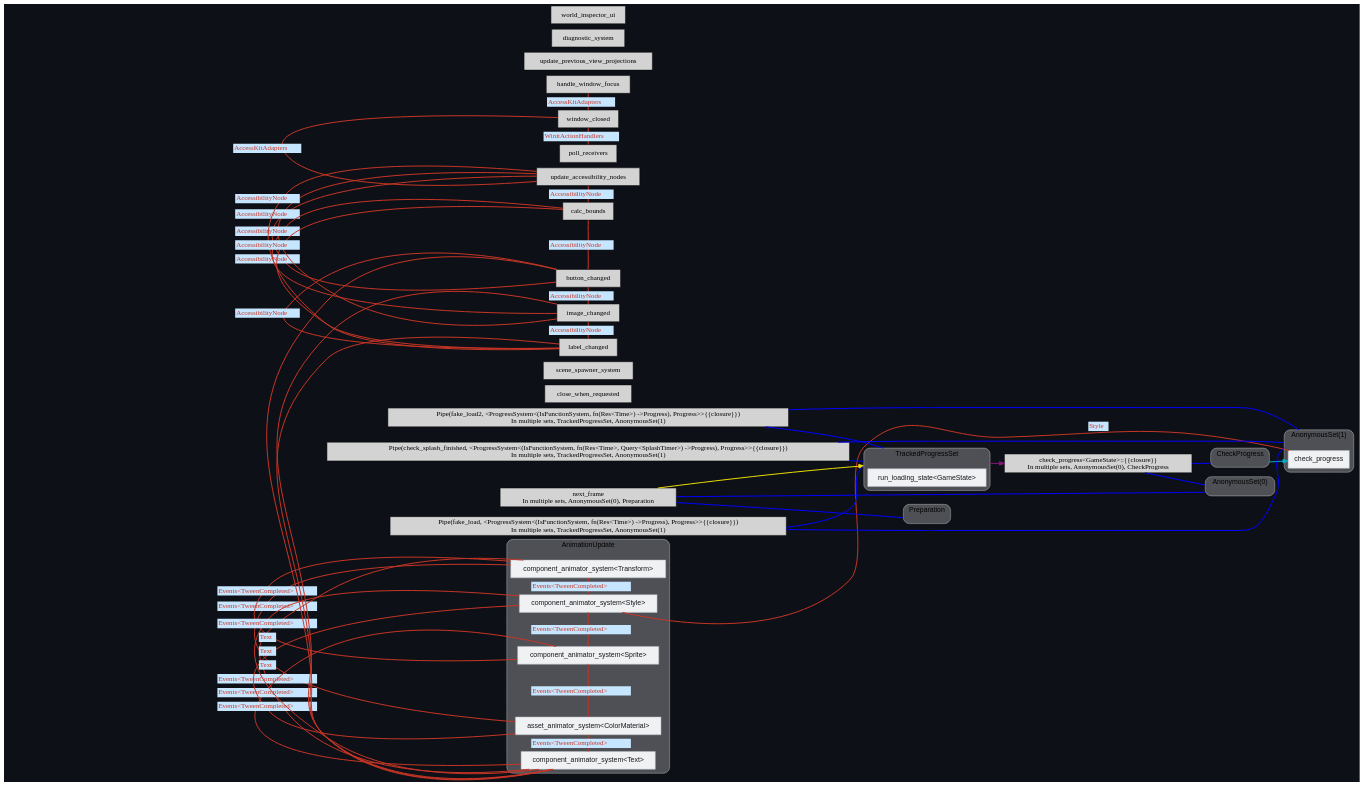
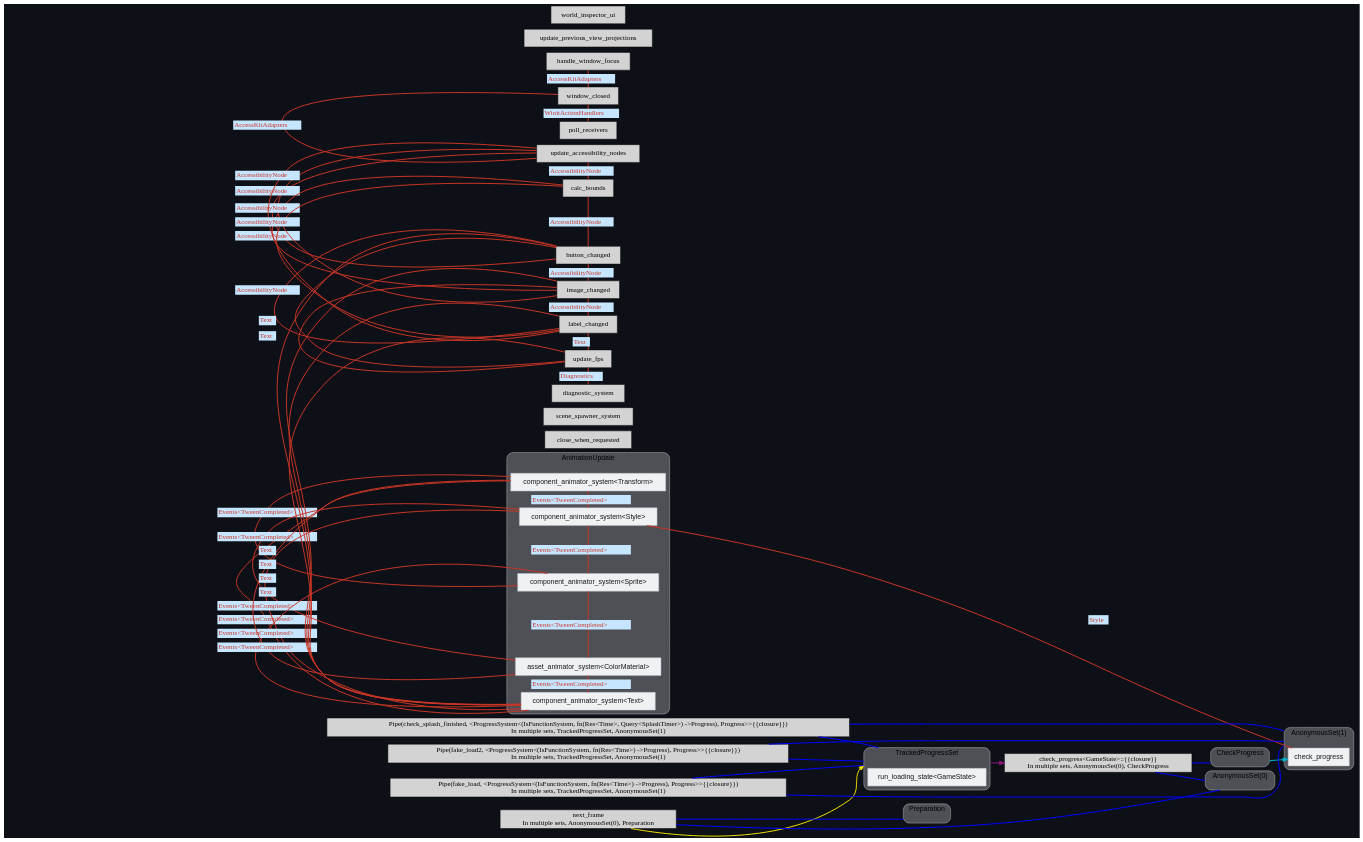
Before and after one commit to eerii/hello-bevy: the diagram in graphs/update-schedule.dot, drawn with Graphviz. The commit also changed 3 other files, not shown here.

Commit message:
feat: show debug fps 🏃🏻

```diff
--- a/graphs/update-schedule.dot
+++ b/graphs/update-schedule.dot
@@ -87,6 +87,7 @@
 	"node_System(10)" ["label"="update_previous_view_projections", "tooltip"="bevy_pbr::prepass::update_previous_view_projections"]
 	"node_System(23)" ["label"="diagnostic_system", "tooltip"="bevy_diagnostic::frame_time_diagnostics_plugin::FrameTimeDiagnosticsPlugin::diagnostic_system"]
 	"node_System(24)" ["label"="world_inspector_ui", "tooltip"="bevy_inspector_egui::quick::world_inspector_ui"]
+	"node_System(25)" ["label"="update_fps", "tooltip"="hello_bevy::debug::only_in_debug::update_fps"]
 	"node_System(17)" -> "set_marker_node_Set(19)" ["dir"="none", "color"="blue", "lhead"="clusternode_Set(19)"]
 	"node_System(17)" -> "set_marker_node_Set(21)" ["dir"="none", "color"="blue", "lhead"="clusternode_Set(21)"]
 	"node_System(17)" ["label"="next_frame
@@ -126,15 +127,20 @@
 	"node_System(9)" -> "node_System(7)" ["dir"="none", "constraint"="false", "color"="#c93526", "fontcolor"="#c93526", "label"=<<table border="0" cellborder="0"><tr><td bgcolor="#c6e6ff">AccessibilityNode</td></tr></table>>, "labeltooltip"="label_changed — button_changed"]
 	"node_System(9)" -> "node_System(8)" ["dir"="none", "constraint"="false", "color"="#c93526", "fontcolor"="#c93526", "label"=<<table border="0" cellborder="0"><tr><td bgcolor="#c6e6ff">AccessibilityNode</td></tr></table>>, "labeltooltip"="label_changed — image_changed"]
 	"node_System(9)" -> "node_System(15)" ["dir"="none", "constraint"="false", "color"="#c93526", "fontcolor"="#c93526", "label"=<<table border="0" cellborder="0"><tr><td bgcolor="#c6e6ff">Text</td></tr></table>>, "labeltooltip"="label_changed — component_animator_system<Text>"]
-	"node_System(11)" -> "node_System(12)" ["dir"="none", "constraint"="false", "color"="#c93526", "fontcolor"="#c93526", "label"=<<table border="0" cellborder="0"><tr><td bgcolor="#c6e6ff">Events&lt;TweenCompleted&gt;</td></tr></table>>, "labeltooltip"="component_animator_system<Transform> — component_animator_system<Style>"]
-	"node_System(11)" -> "node_System(14)" ["dir"="none", "constraint"="false", "color"="#c93526", "fontcolor"="#c93526", "label"=<<table border="0" cellborder="0"><tr><td bgcolor="#c6e6ff">Events&lt;TweenCompleted&gt;</td></tr></table>>, "labeltooltip"="component_animator_system<Transform> — asset_animator_system<ColorMaterial>"]
+	"node_System(11)" -> "node_System(13)" ["dir"="none", "constraint"="false", "color"="#c93526", "fontcolor"="#c93526", "label"=<<table border="0" cellborder="0"><tr><td bgcolor="#c6e6ff">Events&lt;TweenCompleted&gt;</td></tr></table>>, "labeltooltip"="component_animator_system<Transform> — component_animator_system<Sprite>"]
 	"node_System(11)" -> "node_System(15)" ["dir"="none", "constraint"="false", "color"="#c93526", "fontcolor"="#c93526", "label"=<<table border="0" cellborder="0"><tr><td bgcolor="#c6e6ff">Events&lt;TweenCompleted&gt;</td></tr></table>>, "labeltooltip"="component_animator_system<Transform> — component_animator_system<Text>"]
-	"node_System(13)" -> "node_System(11)" ["dir"="none", "constraint"="false", "color"="#c93526", "fontcolor"="#c93526", "label"=<<table border="0" cellborder="0"><tr><td bgcolor="#c6e6ff">Events&lt;TweenCompleted&gt;</td></tr></table>>, "labeltooltip"="component_animator_system<Sprite> — component_animator_system<Transform>"]
-	"node_System(13)" -> "node_System(12)" ["dir"="none", "constraint"="false", "color"="#c93526", "fontcolor"="#c93526", "label"=<<table border="0" cellborder="0"><tr><td bgcolor="#c6e6ff">Events&lt;TweenCompleted&gt;</td></tr></table>>, "labeltooltip"="component_animator_system<Sprite> — component_animator_system<Style>"]
-	"node_System(13)" -> "node_System(14)" ["dir"="none", "constraint"="false", "color"="#c93526", "fontcolor"="#c93526", "label"=<<table border="0" cellborder="0"><tr><td bgcolor="#c6e6ff">Events&lt;TweenCompleted&gt;</td></tr></table>>, "labeltooltip"="component_animator_system<Sprite> — asset_animator_system<ColorMaterial>"]
+	"node_System(12)" -> "node_System(11)" ["dir"="none", "constraint"="false", "color"="#c93526", "fontcolor"="#c93526", "label"=<<table border="0" cellborder="0"><tr><td bgcolor="#c6e6ff">Events&lt;TweenCompleted&gt;</td></tr></table>>, "labeltooltip"="component_animator_system<Style> — component_animator_system<Transform>"]
+	"node_System(12)" -> "node_System(13)" ["dir"="none", "constraint"="false", "color"="#c93526", "fontcolor"="#c93526", "label"=<<table border="0" cellborder="0"><tr><td bgcolor="#c6e6ff">Events&lt;TweenCompleted&gt;</td></tr></table>>, "labeltooltip"="component_animator_system<Style> — component_animator_system<Sprite>"]
+	"node_System(12)" -> "node_System(14)" ["dir"="none", "constraint"="false", "color"="#c93526", "fontcolor"="#c93526", "label"=<<table border="0" cellborder="0"><tr><td bgcolor="#c6e6ff">Events&lt;TweenCompleted&gt;</td></tr></table>>, "labeltooltip"="component_animator_system<Style> — asset_animator_system<ColorMaterial>"]
+	"node_System(12)" -> "node_System(15)" ["dir"="none", "constraint"="false", "color"="#c93526", "fontcolor"="#c93526", "label"=<<table border="0" cellborder="0"><tr><td bgcolor="#c6e6ff">Events&lt;TweenCompleted&gt;</td></tr></table>>, "labeltooltip"="component_animator_system<Style> — component_animator_system<Text>"]
+	"node_System(12)" -> "node_System(20)" ["dir"="none", "constraint"="false", "color"="#c93526", "fontcolor"="#c93526", "label"=<<table border="0" cellborder="0"><tr><td bgcolor="#c6e6ff">Style</td></tr></table>>, "labeltooltip"="component_animator_system<Style> — check_progress"]
 	"node_System(13)" -> "node_System(15)" ["dir"="none", "constraint"="false", "color"="#c93526", "fontcolor"="#c93526", "label"=<<table border="0" cellborder="0"><tr><td bgcolor="#c6e6ff">Events&lt;TweenCompleted&gt;</td></tr></table>>, "labeltooltip"="component_animator_system<Sprite> — component_animator_system<Text>"]
-	"node_System(14)" -> "node_System(12)" ["dir"="none", "constraint"="false", "color"="#c93526", "fontcolor"="#c93526", "label"=<<table border="0" cellborder="0"><tr><td bgcolor="#c6e6ff">Events&lt;TweenCompleted&gt;</td></tr></table>>, "labeltooltip"="asset_animator_system<ColorMaterial> — component_animator_system<Style>"]
-	"node_System(15)" -> "node_System(12)" ["dir"="none", "constraint"="false", "color"="#c93526", "fontcolor"="#c93526", "label"=<<table border="0" cellborder="0"><tr><td bgcolor="#c6e6ff">Events&lt;TweenCompleted&gt;</td></tr></table>>, "labeltooltip"="component_animator_system<Text> — component_animator_system<Style>"]
-	"node_System(15)" -> "node_System(14)" ["dir"="none", "constraint"="false", "color"="#c93526", "fontcolor"="#c93526", "label"=<<table border="0" cellborder="0"><tr><td bgcolor="#c6e6ff">Events&lt;TweenCompleted&gt;</td></tr></table>>, "labeltooltip"="component_animator_system<Text> — asset_animator_system<ColorMaterial>"]
-	"node_System(20)" -> "node_System(12)" ["dir"="none", "constraint"="false", "color"="#c93526", "fontcolor"="#c93526", "label"=<<table border="0" cellborder="0"><tr><td bgcolor="#c6e6ff">Style</td></tr></table>>, "labeltooltip"="check_progress — component_animator_system<Style>"]
+	"node_System(14)" -> "node_System(11)" ["dir"="none", "constraint"="false", "color"="#c93526", "fontcolor"="#c93526", "label"=<<table border="0" cellborder="0"><tr><td bgcolor="#c6e6ff">Events&lt;TweenCompleted&gt;</td></tr></table>>, "labeltooltip"="asset_animator_system<ColorMaterial> — component_animator_system<Transform>"]
+	"node_System(14)" -> "node_System(13)" ["dir"="none", "constraint"="false", "color"="#c93526", "fontcolor"="#c93526", "label"=<<table border="0" cellborder="0"><tr><td bgcolor="#c6e6ff">Events&lt;TweenCompleted&gt;</td></tr></table>>, "labeltooltip"="asset_animator_system<ColorMaterial> — component_animator_system<Sprite>"]
+	"node_System(14)" -> "node_System(15)" ["dir"="none", "constraint"="false", "color"="#c93526", "fontcolor"="#c93526", "label"=<<table border="0" cellborder="0"><tr><td bgcolor="#c6e6ff">Events&lt;TweenCompleted&gt;</td></tr></table>>, "labeltooltip"="asset_animator_system<ColorMaterial> — component_animator_system<Text>"]
+	"node_System(25)" -> "node_System(7)" ["dir"="none", "constraint"="false", "color"="#c93526", "fontcolor"="#c93526", "label"=<<table border="0" cellborder="0"><tr><td bgcolor="#c6e6ff">Text</td></tr></table>>, "labeltooltip"="update_fps — button_changed"]
+	"node_System(25)" -> "node_System(8)" ["dir"="none", "constraint"="false", "color"="#c93526", "fontcolor"="#c93526", "label"=<<table border="0" cellborder="0"><tr><td bgcolor="#c6e6ff">Text</td></tr></table>>, "labeltooltip"="update_fps — image_changed"]
+	"node_System(25)" -> "node_System(9)" ["dir"="none", "constraint"="false", "color"="#c93526", "fontcolor"="#c93526", "label"=<<table border="0" cellborder="0"><tr><td bgcolor="#c6e6ff">Text</td></tr></table>>, "labeltooltip"="update_fps — label_changed"]
+	"node_System(25)" -> "node_System(15)" ["dir"="none", "constraint"="false", "color"="#c93526", "fontcolor"="#c93526", "label"=<<table border="0" cellborder="0"><tr><td bgcolor="#c6e6ff">Text</td></tr></table>>, "labeltooltip"="update_fps — component_animator_system<Text>"]
+	"node_System(25)" -> "node_System(23)" ["dir"="none", "constraint"="false", "color"="#c93526", "fontcolor"="#c93526", "label"=<<table border="0" cellborder="0"><tr><td bgcolor="#c6e6ff">Diagnostics</td></tr></table>>, "labeltooltip"="update_fps — diagnostic_system"]
 }
```
